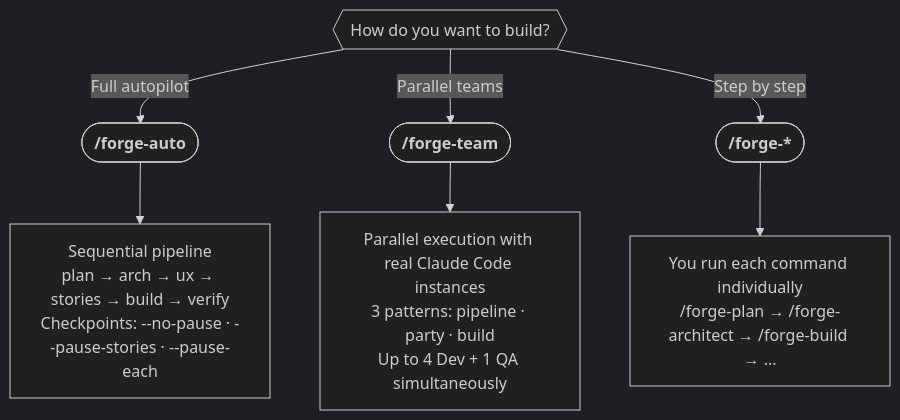
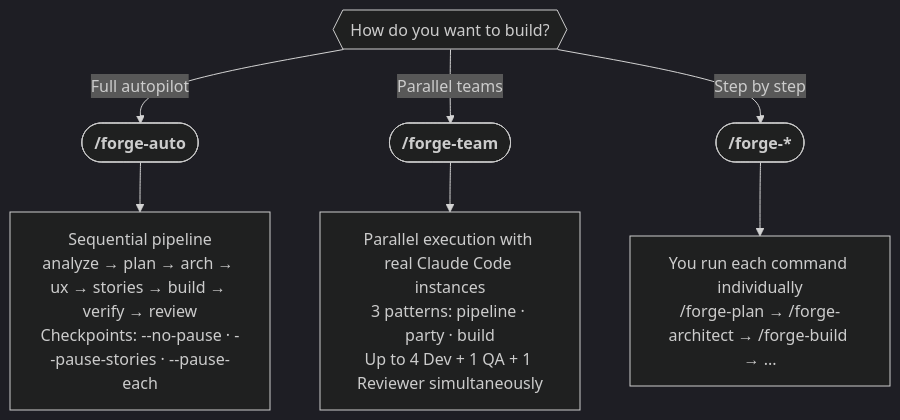
Before and after one commit to fwehrling/forge: the second of 5 diagrams in README.md, drawn with Mermaid (dark theme). The commit also changed other lines of this file and 10 other files, not shown here.

````diff
--- a/README.md
+++ b/README.md
@@ -46,12 +46,12 @@
 ```mermaid
 flowchart TD
     Q{{"How do you want to build?"}}
 
     Q -->|"Full autopilot"| AUTO(["<b>/forge-auto</b>"])
     Q -->|"Parallel teams"| TEAM(["<b>/forge-team</b>"])
     Q -->|"Step by step"| MANUAL(["<b>/forge-*</b>"])
 
-    AUTO --> AD["Sequential pipeline<br/>plan → arch → ux → stories → build → verify<br/>Checkpoints: --no-pause · --pause-stories · --pause-each"]
-    TEAM --> TD2["Parallel execution with real Claude Code instances<br/>3 patterns: pipeline · party · build<br/>Up to 4 Dev + 1 QA simultaneously"]
+    AUTO --> AD["Sequential pipeline<br/>analyze → plan → arch → ux → stories → build → verify → review<br/>Checkpoints: --no-pause · --pause-stories · --pause-each"]
+    TEAM --> TD2["Parallel execution with real Claude Code instances<br/>3 patterns: pipeline · party · build<br/>Up to 4 Dev + 1 QA + 1 Reviewer simultaneously"]
     MANUAL --> MD["You run each command individually<br/>/forge-plan → /forge-architect → /forge-build → ..."]
 ```
````
